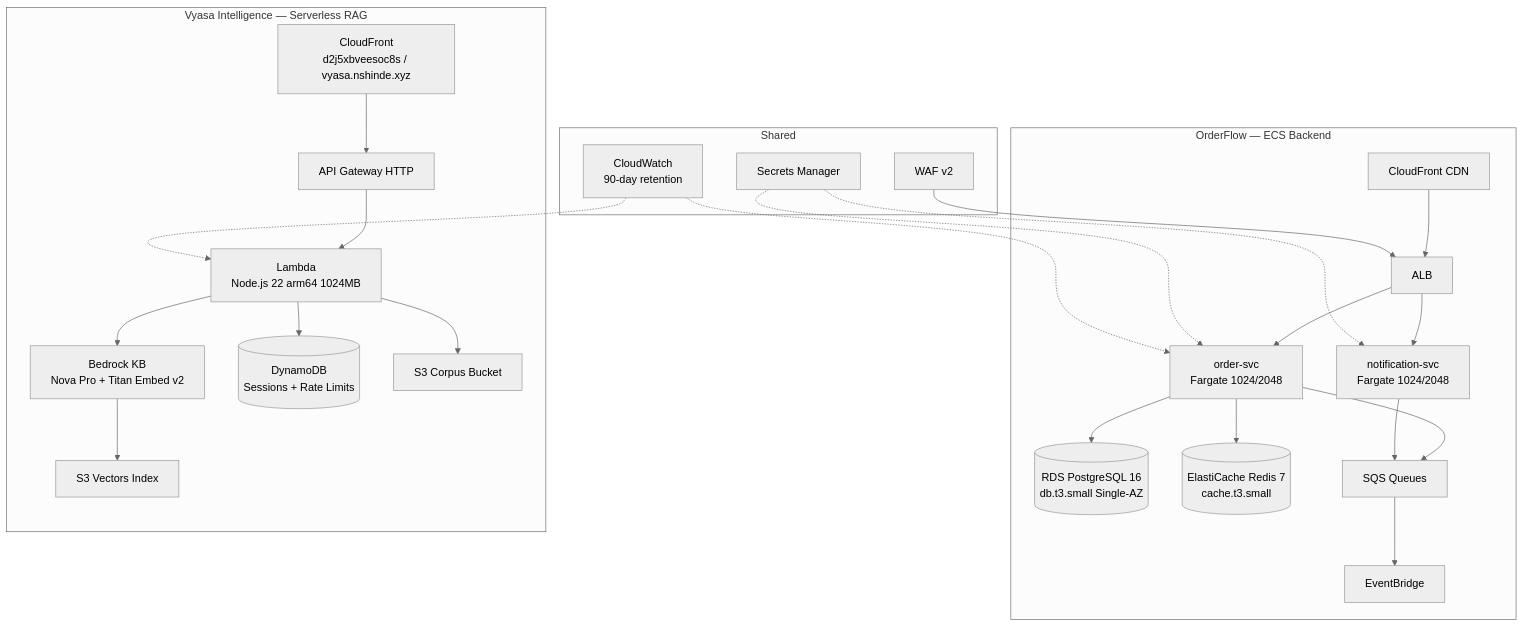
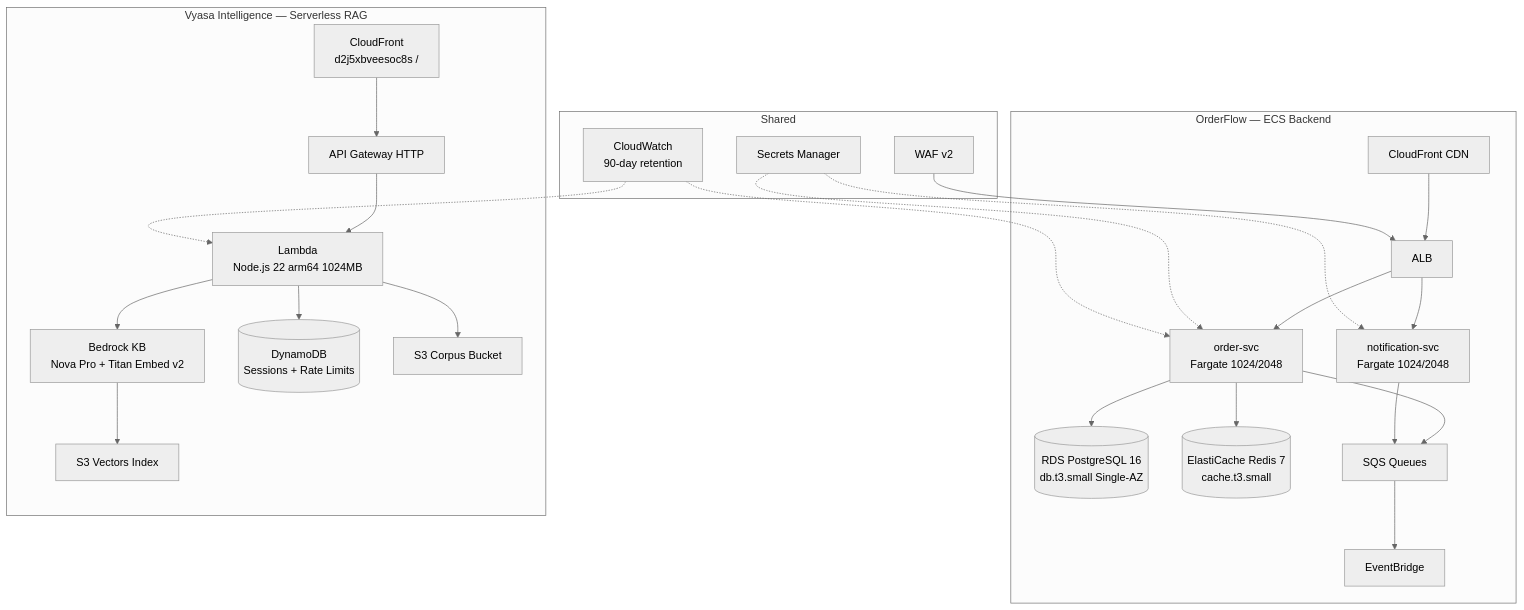
Before and after one commit to nilesh0604/f500: the diagram in docs/INFRASTRUCTURE.md, drawn with Mermaid (neutral theme). The commit also changed other lines of this file and 23 other files, not shown here.

````diff
--- a/docs/INFRASTRUCTURE.md
+++ b/docs/INFRASTRUCTURE.md
@@ -39,30 +39,30 @@
 ```mermaid
 graph TB
   subgraph "OrderFlow — ECS Backend"
     CF1[CloudFront CDN] --> ALB[ALB]
     ALB --> ECS1[order-svc<br/>Fargate 1024/2048]
     ALB --> ECS2[notification-svc<br/>Fargate 1024/2048]
     ECS1 --> RDS[(RDS PostgreSQL 16<br/>db.t3.small Single-AZ)]
     ECS1 --> REDIS[(ElastiCache Redis 7<br/>cache.t3.small)]
     ECS1 --> SQS[SQS Queues]
     ECS2 --> SQS
     SQS --> EB[EventBridge]
   end
 
   subgraph "Vyasa Intelligence — Serverless RAG"
-    CF2[CloudFront<br/>d2j5xbveesoc8s / vyasa.nshinde.xyz] --> APIGW[API Gateway HTTP]
+    CF2[CloudFront<br/>d2j5xbveesoc8s / <VYASA_DOMAIN>] --> APIGW[API Gateway HTTP]
     APIGW --> LAM[Lambda<br/>Node.js 22 arm64 1024MB]
     LAM --> BRK[Bedrock KB<br/>Nova Pro + Titan Embed v2]
     BRK --> S3V[S3 Vectors Index]
     LAM --> DDB[(DynamoDB<br/>Sessions + Rate Limits)]
     LAM --> S3C[S3 Corpus Bucket]
   end
 
   subgraph "Shared"
     WAF[WAF v2] --> ALB
     SM[Secrets Manager] -.-> ECS1
     SM -.-> ECS2
     CW[CloudWatch<br/>90-day retention] -.-> ECS1
     CW -.-> LAM
   end
 ```
````
